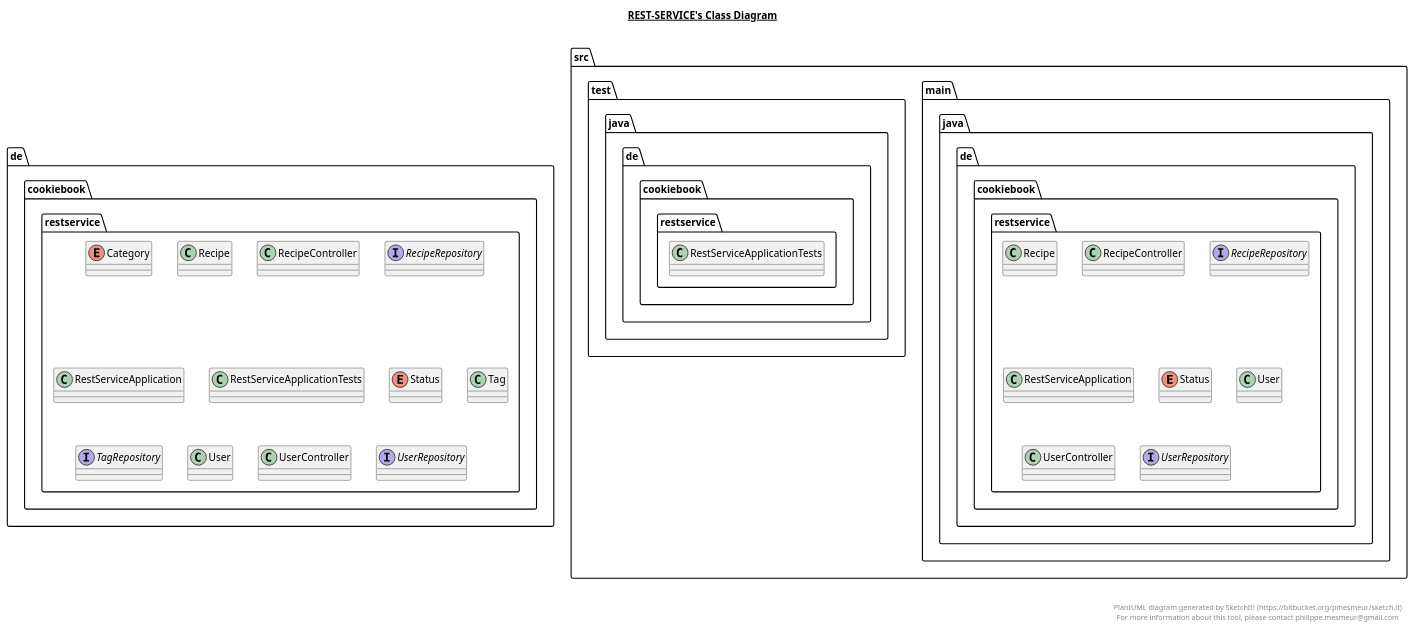
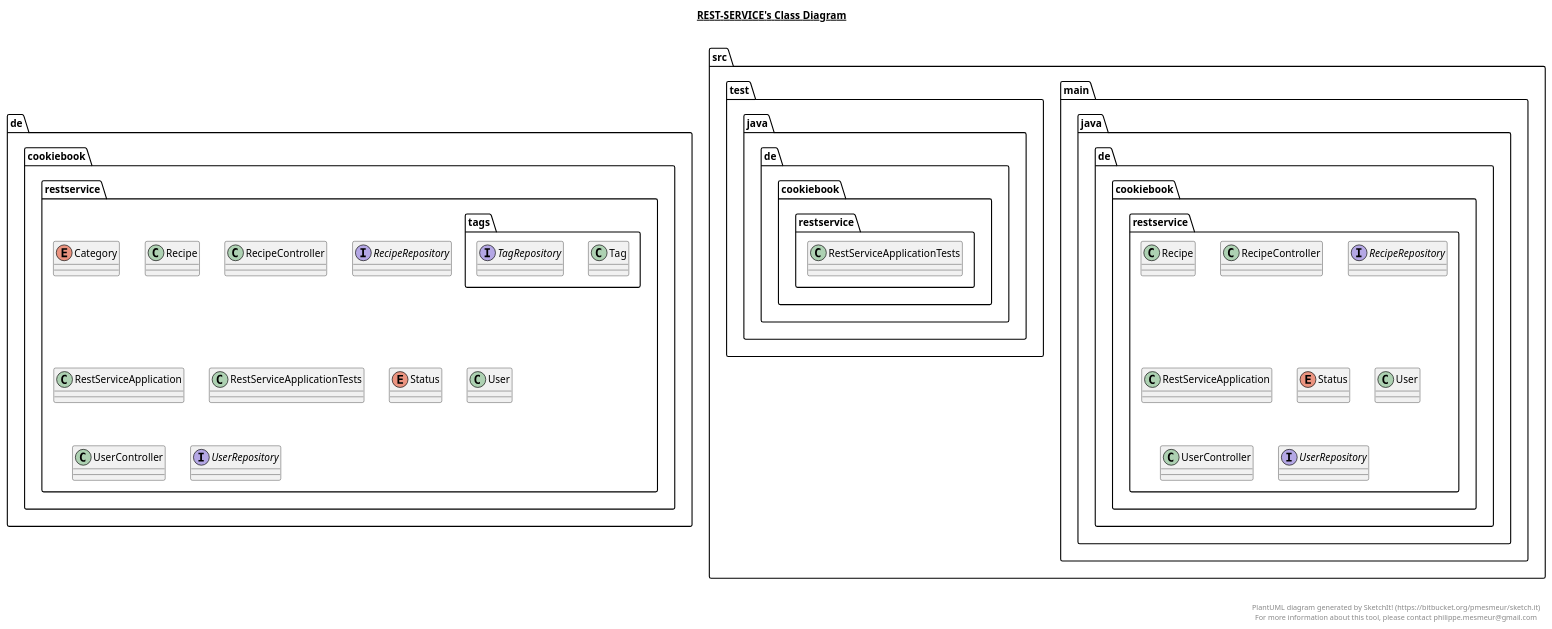
Before and after one commit to MyCookieBook/CookieBookBE: the diagram in rest-service/rest-service.plantuml, drawn with PlantUML. The commit also changed 8 other files, not shown here.

```diff
--- a/rest-service/rest-service.plantuml
+++ b/rest-service/rest-service.plantuml
@@ -87,25 +87,25 @@
   
 
   namespace de.cookiebook.restservice {
-    class de.cookiebook.restservice.Tag {
+    class de.cookiebook.restservice.tags.Tag {
     }
   }
   
 
   namespace de.cookiebook.restservice {
-    class de.cookiebook.restservice.Tag {
+    class de.cookiebook.restservice.tags.Tag {
     }
   }
   
 
   namespace de.cookiebook.restservice {
-    interface de.cookiebook.restservice.TagRepository {
+    interface de.cookiebook.restservice.tags.TagRepository {
     }
   }
   
 
   namespace de.cookiebook.restservice {
-    interface de.cookiebook.restservice.TagRepository {
+    interface de.cookiebook.restservice.tags.TagRepository {
     }
   }
   
```
